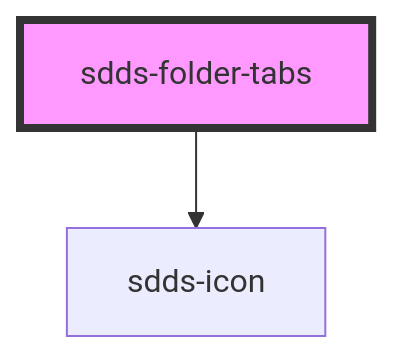
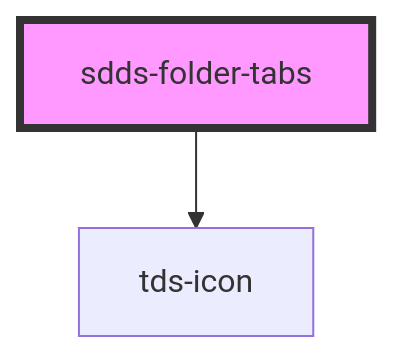
One commit to scania-digital-design-system/tegel changed the diagram in core/src/components/tabs/folder-tabs/readme.md. Above: the diagram before and after it, drawn with Mermaid. The commit also changed other lines of this file and 71 other files, not shown here.

````diff
--- a/core/src/components/tabs/folder-tabs/readme.md
+++ b/core/src/components/tabs/folder-tabs/readme.md
@@ -44,5 +44,5 @@
 ```mermaid
 graph TD;
-  sdds-folder-tabs --> sdds-icon
+  sdds-folder-tabs --> tds-icon
   style sdds-folder-tabs fill:#f9f,stroke:#333,stroke-width:4px
 ```
````
